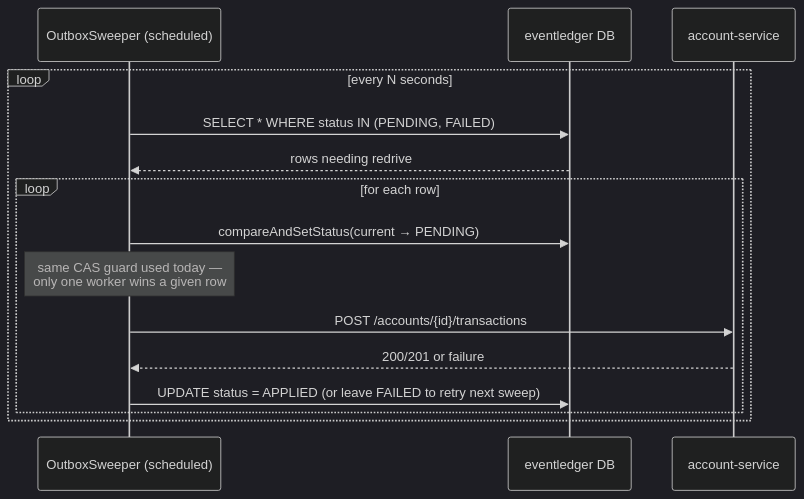
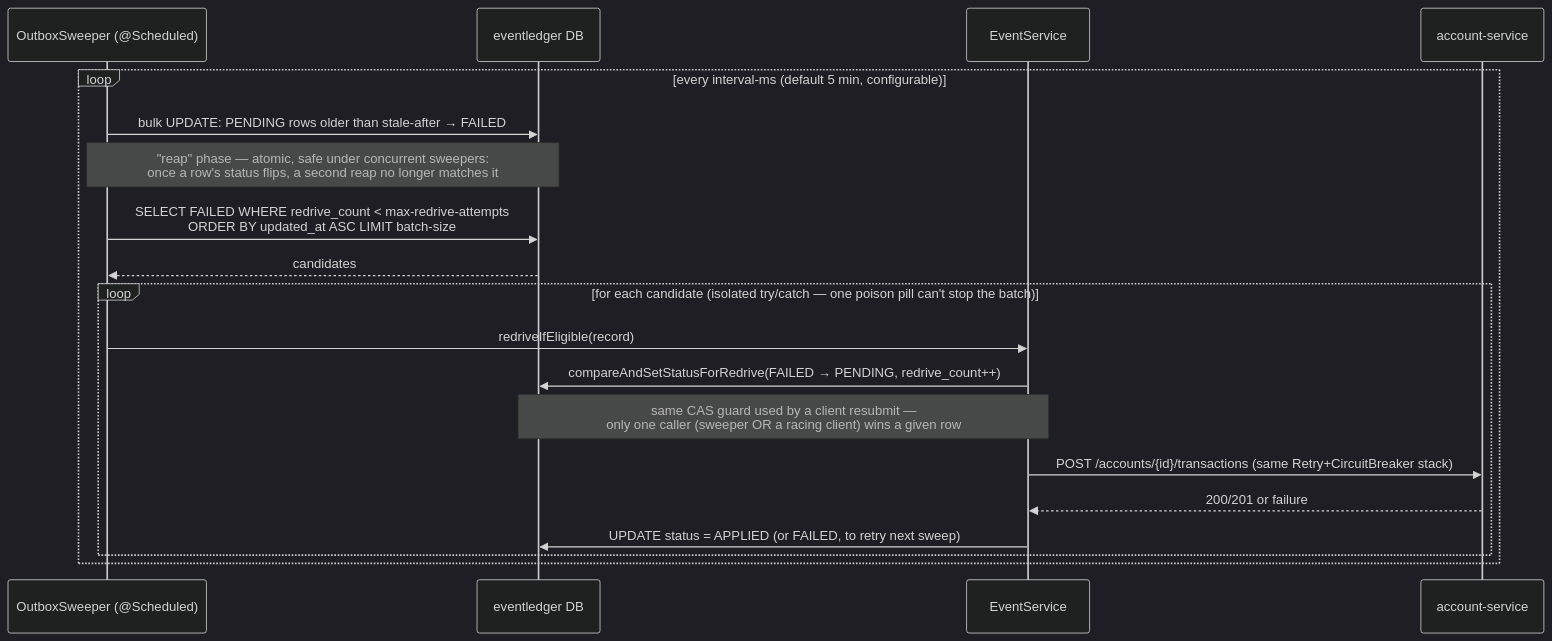
Diagram 13 of 15 in WIKI.md (sattuanand/event-gateway), drawn with Mermaid (dark theme) before and after one commit. The commit also changed other lines of this file and 17 other files, not shown here.

````diff
--- a/WIKI.md
+++ b/WIKI.md
@@ -491,18 +494,22 @@
 ```mermaid
 sequenceDiagram
-    participant Sched as OutboxSweeper (scheduled)
+    participant Sched as OutboxSweeper (@Scheduled)
     participant GWDB as eventledger DB
+    participant ES as EventService
     participant AS as account-service
 
-    loop every N seconds
-        Sched->>GWDB: SELECT * WHERE status IN (PENDING, FAILED)
-        GWDB-->>Sched: rows needing redrive
-        loop for each row
-            Sched->>GWDB: compareAndSetStatus(current → PENDING)
-            Note over Sched: same CAS guard used today —<br/>only one worker wins a given row
-            Sched->>AS: POST /accounts/{id}/transactions
-            AS-->>Sched: 200/201 or failure
-            Sched->>GWDB: UPDATE status = APPLIED (or leave FAILED to retry next sweep)
+    loop every interval-ms (default 5 min, configurable)
+        Sched->>GWDB: bulk UPDATE: PENDING rows older than stale-after → FAILED
+        Note over Sched,GWDB: "reap" phase — atomic, safe under concurrent sweepers:<br/>once a row's status flips, a second reap no longer matches it
+        Sched->>GWDB: SELECT FAILED WHERE redrive_count < max-redrive-attempts<br/>ORDER BY updated_at ASC LIMIT batch-size
+        GWDB-->>Sched: candidates
+        loop for each candidate (isolated try/catch — one poison pill can't stop the batch)
+            Sched->>ES: redriveIfEligible(record)
+            ES->>GWDB: compareAndSetStatusForRedrive(FAILED → PENDING, redrive_count++)
+            Note over ES,GWDB: same CAS guard used by a client resubmit —<br/>only one caller (sweeper OR a racing client) wins a given row
+            ES->>AS: POST /accounts/{id}/transactions (same Retry+CircuitBreaker stack)
+            AS-->>ES: 200/201 or failure
+            ES->>GWDB: UPDATE status = APPLIED (or FAILED, to retry next sweep)
         end
     end
 ```
````
